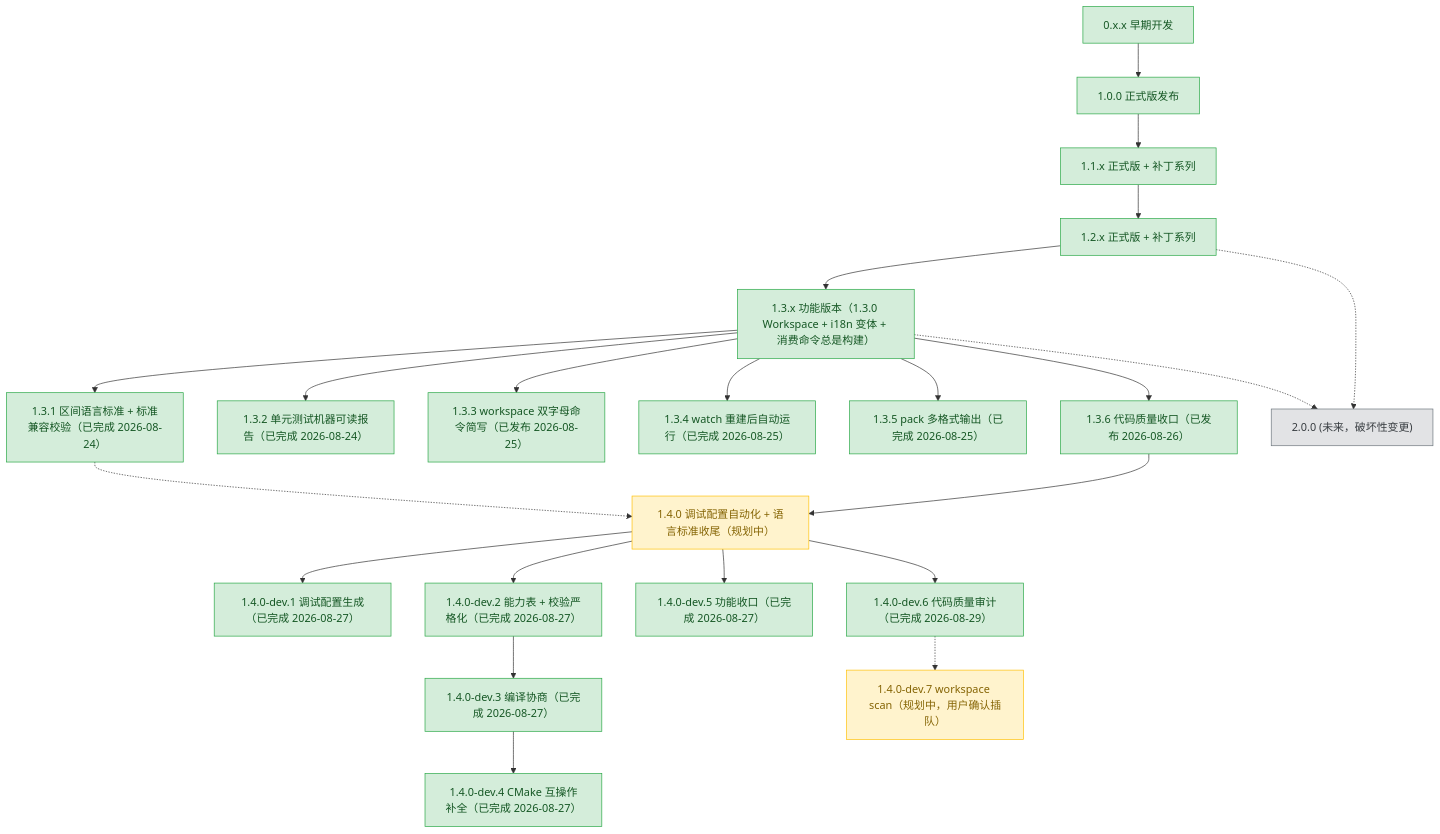
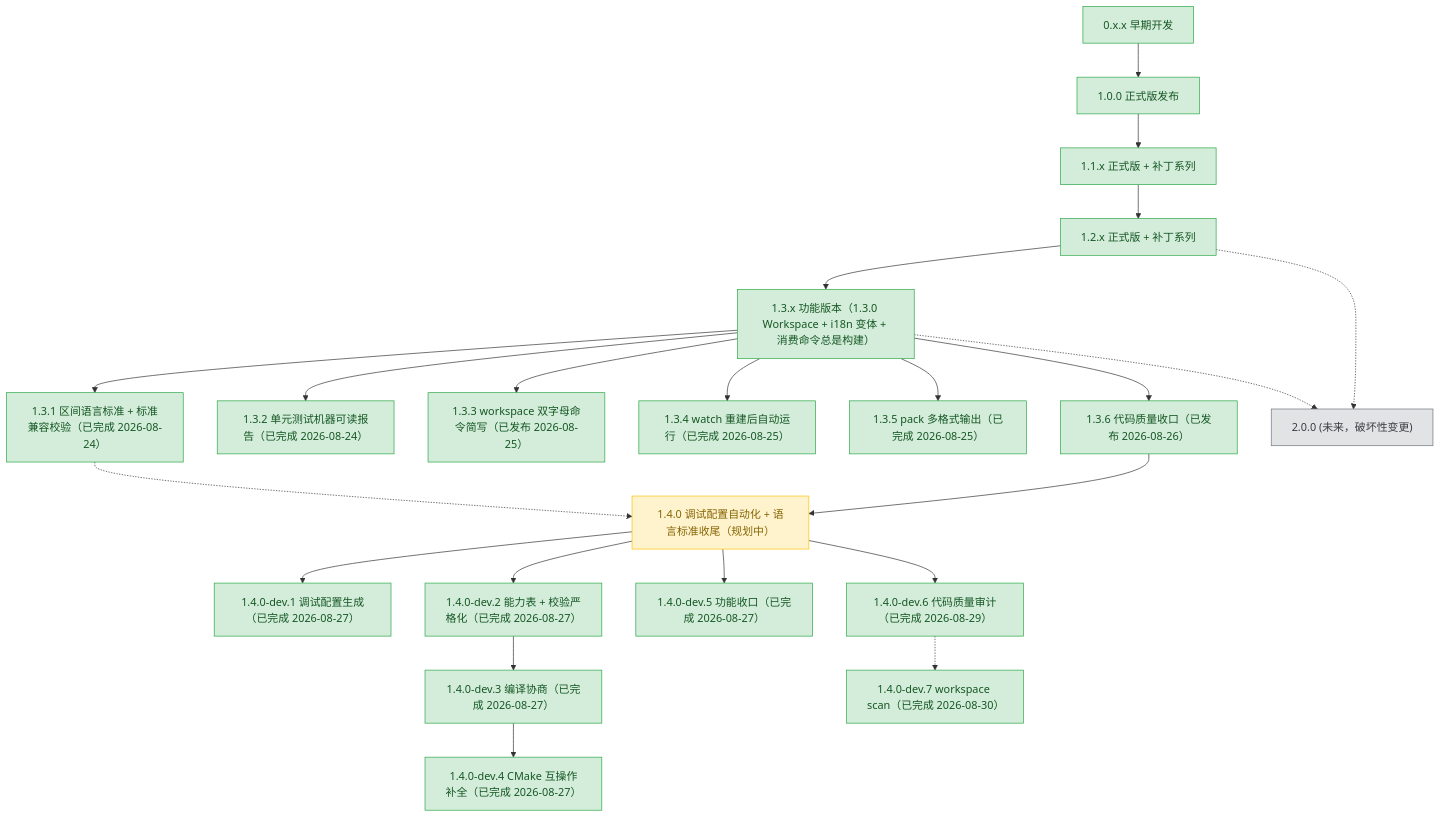
Before and after one commit to 3667808244/EazyMake: the diagram in plans/README.md, drawn with Mermaid. The commit also changed other lines of this file and 10 other files, not shown here.

Commit message:
docs(1.4.0-dev.7): workspace scan 文档与收口 — cli.md（en/zh）workspace 节补 scan 命令+语义+简写表 ws；README/README_ZH 命令速览；教程 05（en/zh）新增「采纳现有项目」小节；CHANGES.md dev.7 条目（新增/行为变更/测试/已知限制，全量 988/5770 零回归）；plan.md 全勾选 + plans README 双文件状态与依赖图更新（design doc 机制修正：文本级拼接保留注释——toml++ v3.4 AST 不存注释）

````diff
--- a/plans/README.md
+++ b/plans/README.md
@@ -72,69 +72,69 @@
 ```mermaid
 graph TD
     v0xx["0.x.x 早期开发"]
     v100["1.0.0 正式版发布"]
     v11x["1.1.x 正式版 + 补丁系列"]
     v12x["1.2.x 正式版 + 补丁系列"]
     v13x["1.3.x 功能版本（1.3.0 Workspace + i18n 变体 + 消费命令总是构建）"]
     v131["1.3.1 区间语言标准 + 标准兼容校验（已完成 2026-08-24）"]
     v132["1.3.2 单元测试机器可读报告（已完成 2026-08-24）"]
     v133["1.3.3 workspace 双字母命令简写（已发布 2026-08-25）"]
     v134["1.3.4 watch 重建后自动运行（已完成 2026-08-25）"]
     v135["1.3.5 pack 多格式输出（已完成 2026-08-25）"]
     v136["1.3.6 代码质量收口（已发布 2026-08-26）"]
     v140["1.4.0 调试配置自动化 + 语言标准收尾（规划中）"]
     v141["1.4.0-dev.1 调试配置生成（已完成 2026-08-27）"]
     v142["1.4.0-dev.2 能力表 + 校验严格化（已完成 2026-08-27）"]
     v143["1.4.0-dev.3 编译协商（已完成 2026-08-27）"]
     v144["1.4.0-dev.4 CMake 互操作补全（已完成 2026-08-27）"]
     v145["1.4.0-dev.5 功能收口（已完成 2026-08-27）"]
     v146["1.4.0-dev.6 代码质量审计（已完成 2026-08-29）"]
-    v147["1.4.0-dev.7 workspace scan（规划中，用户确认插队）"]
+    v147["1.4.0-dev.7 workspace scan（已完成 2026-08-30）"]
     v200["2.0.0 (未来，破坏性变更)"]
 
     v0xx --> v100
     v100 --> v11x
     v11x --> v12x
     v12x --> v13x
     v13x --> v131
     v13x --> v132
     v13x --> v133
     v13x --> v134
     v13x --> v135
     v13x --> v136
     v136 --> v140
     v140 --> v141
     v140 --> v142
     v142 --> v143
     v143 --> v144
     v140 --> v145
     v140 --> v146
     v146 -.-> v147
     v131 -.-> v140
     v12x -.-> v200
     v13x -.-> v200
 
     classDef done fill:#d4edda,stroke:#28a745,color:#155724;
     classDef active fill:#fff3cd,stroke:#ffc107,color:#856404;
     classDef todo fill:#e2e3e5,stroke:#6c757d,color:#383d41;
 
     class v0xx,v100 done;
     class v11x done;
     class v12x done;
     class v13x done;
     class v131 done;
     class v132 done;
     class v133 done;
     class v134 done;
     class v135 done;
     class v136 done;
     class v140 active;
     class v141 done;
     class v142 done;
     class v143 done;
     class v144 done;
     class v145 done;
     class v146 done;
-    class v147 active;
+    class v147 done;
     class v200 todo;
 ```
````
